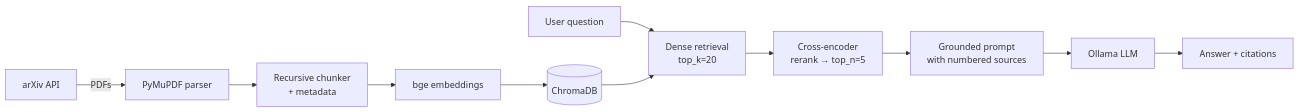
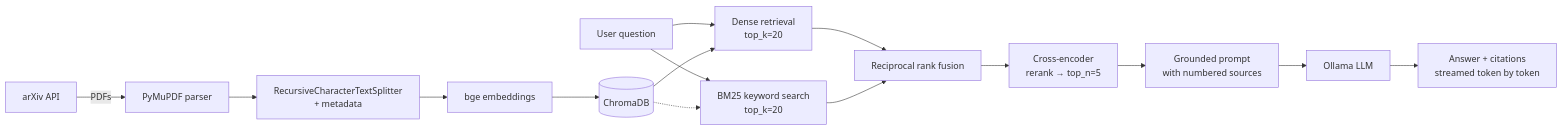
Before and after one commit to pablopigue/Arxiv-RAG: the diagram in README.md, drawn with Mermaid. The commit also changed other lines of this file and 31 other files, not shown here.

````diff
--- a/README.md
+++ b/README.md
@@ -32,14 +40,18 @@
 ```mermaid
 flowchart LR
     A[arXiv API] -->|PDFs| B[PyMuPDF parser]
-    B --> C[Recursive chunker<br/>+ metadata]
+    B --> C[RecursiveCharacterTextSplitter<br/>+ metadata]
     C --> D[bge embeddings]
     D --> E[(ChromaDB)]
 
     Q[User question] --> F[Dense retrieval<br/>top_k=20]
+    Q --> K[BM25 keyword search<br/>top_k=20]
     E --> F
-    F --> G[Cross-encoder<br/>rerank → top_n=5]
+    E -.-> K
+    F --> R[Reciprocal rank fusion]
+    K --> R
+    R --> G[Cross-encoder<br/>rerank → top_n=5]
     G --> H[Grounded prompt<br/>with numbered sources]
     H --> I[Ollama LLM]
-    I --> J[Answer + citations]
+    I --> J[Answer + citations<br/>streamed token by token]
 ```
````
